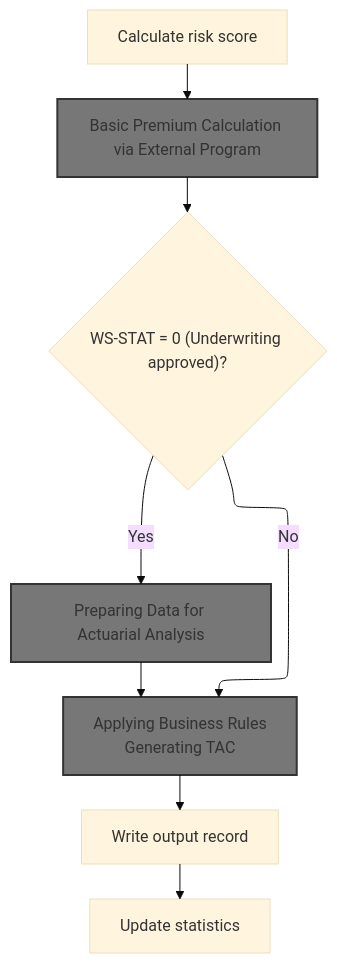
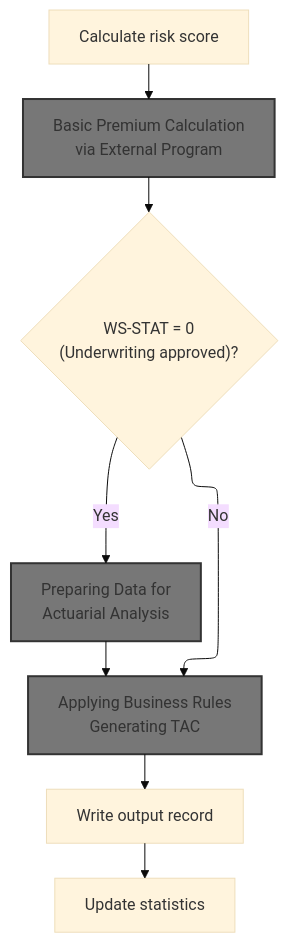
The ninth of 14 diagrams in .swm/insurance-policy-processing-and-premium-calculation.t96is.sw.md (Swimm-Demo/kyndryl-cics-genapp), drawn with Mermaid (base theme) before and after one commit. The commit also changed other lines of this file, not shown here.

````diff
--- a/.swm/insurance-policy-processing-and-premium-calculation.t96is.sw.md
+++ b/.swm/insurance-policy-processing-and-premium-calculation.t96is.sw.md
@@ -820,54 +829,60 @@
 ```mermaid
 %%{init: {"flowchart": {"defaultRenderer": "elk"}} }%%
 flowchart TD
   node1["Calculate risk score"]
   click node1 openCode "base/src/LGAPDB01.cbl:270:271"
-  node1 --> node2["Basic Premium Calculation via External Program"]
+  node1 --> node2["Basic Premium Calculation
+ via External Program"]
   
-  node2 --> node3{"WS-STAT = 0 (Underwriting approved)?"}
+  node2 --> node3{"WS-STAT = 0 
+(Underwriting approved)?"}
   click node3 openCode "base/src/LGAPDB01.cbl:273:275"
-  node3 -->|"Yes"| node4["Preparing Data for Actuarial Analysis"]
+  node3 -->|"Yes"| node4["Preparing Data for 
+Actuarial Analysis"]
   
   node3 -->|"No"| node5["Applying Business Rules
 Generating TAC"]
   click node5 goToHeading "Applying Business Rules, and Generating TAC"
   node4 --> node5
   node5 --> node6["Write output record"]
   click node6 openCode "base/src/LGAPDB01.cbl:278:278"
   node6 --> node7["Update statistics"]
   click node7 openCode "base/src/LGAPDB01.cbl:279:279"
 
 classDef HeadingStyle fill:#777777,stroke:#333,stroke-width:2px;
 click node2 goToHeading "Basic Premium Calculation via External Program"
 node2:::HeadingStyle
 click node4 goToHeading "Preparing Data for Actuarial Analysis"
 node4:::HeadingStyle
 node5:::HeadingStyle
 
 %% Swimm:
 %% %%{init: {"flowchart": {"defaultRenderer": "elk"}} }%%
 %% flowchart TD
 %%   node1["Calculate risk score"]
 %%   click node1 openCode "<SwmPath repo-id="Z2l0aHViJTNBJTNBa3luZHJ5bC1jaWNzLWdlbmFwcCUzQSUzQVN3aW1tLURlbW8=" repo-name="kyndryl-cics-genapp" path="/base/src/LGAPDB01.cbl">`(kyndryl-cics-genapp) base/src/LGAPDB01.cbl`</SwmPath>:270:271"
-%%   node1 --> node2["Basic Premium Calculation via External Program"]
+%%   node1 --> node2["Basic Premium Calculation
+%%  via External Program"]
 %%   
-%%   node2 --> node3{"<SwmToken path="/base/src/LGAPDB01.cbl" pos="273:3:5" line-data="           IF WS-STAT = 0" repo-id="Z2l0aHViJTNBJTNBa3luZHJ5bC1jaWNzLWdlbmFwcCUzQSUzQVN3aW1tLURlbW8=" repo-name="kyndryl-cics-genapp">`WS-STAT`</SwmToken> = 0 (Underwriting approved)?"}
+%%   node2 --> node3{"<SwmToken path="/base/src/LGAPDB01.cbl" pos="273:3:5" line-data="           IF WS-STAT = 0" repo-id="Z2l0aHViJTNBJTNBa3luZHJ5bC1jaWNzLWdlbmFwcCUzQSUzQVN3aW1tLURlbW8=" repo-name="kyndryl-cics-genapp">`WS-STAT`</SwmToken> = 0 
+%% (Underwriting approved)?"}
 %%   click node3 openCode "<SwmPath repo-id="Z2l0aHViJTNBJTNBa3luZHJ5bC1jaWNzLWdlbmFwcCUzQSUzQVN3aW1tLURlbW8=" repo-name="kyndryl-cics-genapp" path="/base/src/LGAPDB01.cbl">`(kyndryl-cics-genapp) base/src/LGAPDB01.cbl`</SwmPath>:273:275"
-%%   node3 -->|"Yes"| node4["Preparing Data for Actuarial Analysis"]
+%%   node3 -->|"Yes"| node4["Preparing Data for 
+%% Actuarial Analysis"]
 %%   
 %%   node3 -->|"No"| node5["Applying Business Rules
 %% Generating TAC"]
 %%   click node5 goToHeading "Applying Business Rules, and Generating TAC"
 %%   node4 --> node5
 %%   node5 --> node6["Write output record"]
 %%   click node6 openCode "<SwmPath repo-id="Z2l0aHViJTNBJTNBa3luZHJ5bC1jaWNzLWdlbmFwcCUzQSUzQVN3aW1tLURlbW8=" repo-name="kyndryl-cics-genapp" path="/base/src/LGAPDB01.cbl">`(kyndryl-cics-genapp) base/src/LGAPDB01.cbl`</SwmPath>:278:278"
 %%   node6 --> node7["Update statistics"]
 %%   click node7 openCode "<SwmPath repo-id="Z2l0aHViJTNBJTNBa3luZHJ5bC1jaWNzLWdlbmFwcCUzQSUzQVN3aW1tLURlbW8=" repo-name="kyndryl-cics-genapp" path="/base/src/LGAPDB01.cbl">`(kyndryl-cics-genapp) base/src/LGAPDB01.cbl`</SwmPath>:279:279"
 %% 
 %% classDef HeadingStyle fill:#777777,stroke:#333,stroke-width:2px;
 %% click node2 goToHeading "Basic Premium Calculation via External Program"
 %% node2:::HeadingStyle
 %% click node4 goToHeading "Preparing Data for Actuarial Analysis"
 %% node4:::HeadingStyle
 %% node5:::HeadingStyle
 ```
````
